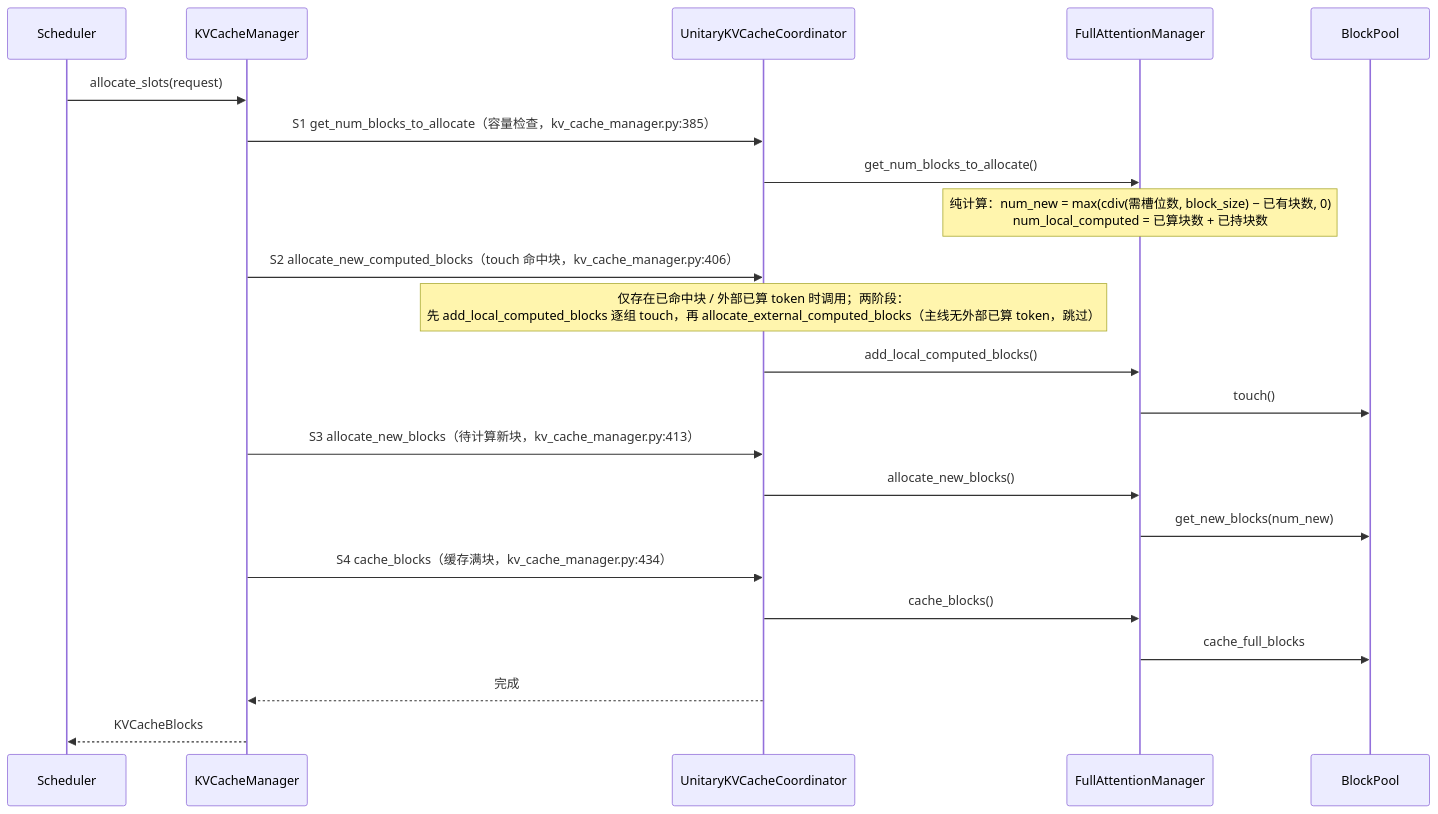
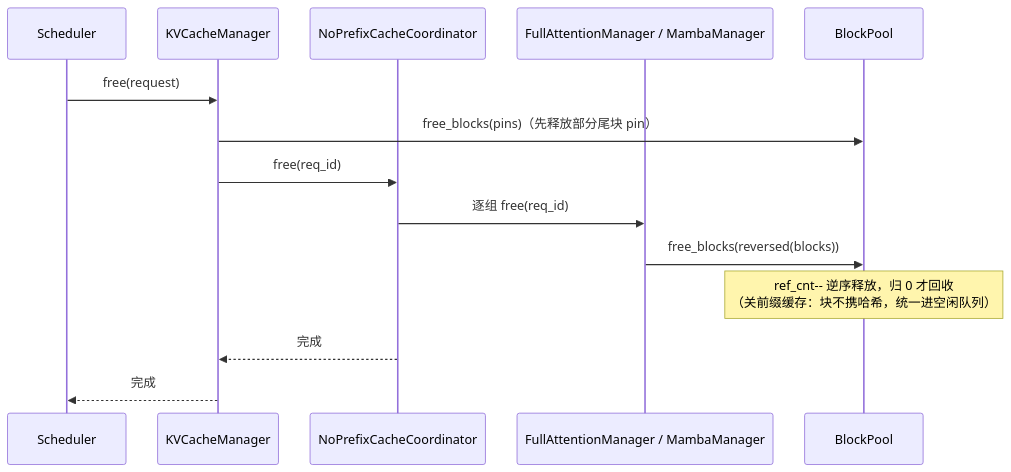
The fourth of 5 diagrams in vllm/v1/core/kvcache_study/kvcache_docs/npu_hybrid/2_runtime_sequence.md (GoCHug/vllm), drawn with Mermaid before and after one commit. The commit also changed other lines of this file and 3 other files, not shown here.

````diff
--- a/vllm/v1/core/kvcache_study/kvcache_docs/npu_hybrid/2_runtime_sequence.md
+++ b/vllm/v1/core/kvcache_study/kvcache_docs/npu_hybrid/2_runtime_sequence.md
@@ -254,25 +271,17 @@
 ```mermaid
 %%{init: {"themeVariables": {"actorFontSize": "11px", "messageFontSize": "11px", "noteFontSize": "11px"}, "sequence": {"actorMargin": 40, "messageMargin": 16, "noteMargin": 8, "boxMargin": 8, "mirrorActors": true}}}%%
 sequenceDiagram
     participant Scheduler
     participant KVCacheManager
-    participant UnitaryKVCacheCoordinator
-    participant FullAttentionManager
+    participant NoPrefixCacheCoordinator
+    participant Managers as FullAttentionManager / MambaManager
     participant BlockPool
-    Scheduler->>KVCacheManager: allocate_slots(request)
-    KVCacheManager->>UnitaryKVCacheCoordinator: S1 get_num_blocks_to_allocate（容量检查，kv_cache_manager.py:385）
-    UnitaryKVCacheCoordinator->>FullAttentionManager: get_num_blocks_to_allocate()
-    Note over FullAttentionManager: 纯计算：num_new = max(cdiv(需槽位数, block_size) − 已有块数, 0)<br/>num_local_computed = 已算块数 + 已持块数
-    KVCacheManager->>UnitaryKVCacheCoordinator: S2 allocate_new_computed_blocks（touch 命中块，kv_cache_manager.py:406）
-    Note over UnitaryKVCacheCoordinator: 仅存在已命中块 / 外部已算 token 时调用；两阶段：<br/>先 add_local_computed_blocks 逐组 touch，再 allocate_external_computed_blocks（主线无外部已算 token，跳过）
-    UnitaryKVCacheCoordinator->>FullAttentionManager: add_local_computed_blocks()
-    FullAttentionManager->>BlockPool: touch()
-    KVCacheManager->>UnitaryKVCacheCoordinator: S3 allocate_new_blocks（待计算新块，kv_cache_manager.py:413）
-    UnitaryKVCacheCoordinator->>FullAttentionManager: allocate_new_blocks()
-    FullAttentionManager->>BlockPool: get_new_blocks(num_new)
-    KVCacheManager->>UnitaryKVCacheCoordinator: S4 cache_blocks（缓存满块，kv_cache_manager.py:434）
-    UnitaryKVCacheCoordinator->>FullAttentionManager: cache_blocks()
-    FullAttentionManager->>BlockPool: cache_full_blocks
-    UnitaryKVCacheCoordinator-->>KVCacheManager: 完成
-    KVCacheManager-->>Scheduler: KVCacheBlocks
+    Scheduler->>KVCacheManager: free(request)
+    KVCacheManager->>BlockPool: free_blocks(pins)（先释放部分尾块 pin）
+    KVCacheManager->>NoPrefixCacheCoordinator: free(req_id)
+    NoPrefixCacheCoordinator->>Managers: 逐组 free(req_id)
+    Managers->>BlockPool: free_blocks(reversed(blocks))
+    Note over BlockPool: ref_cnt-- 逆序释放，归 0 才回收<br/>（关前缀缓存：块不携哈希，统一进空闲队列）
+    NoPrefixCacheCoordinator-->>KVCacheManager: 完成
+    KVCacheManager-->>Scheduler: 完成
 ```
````
